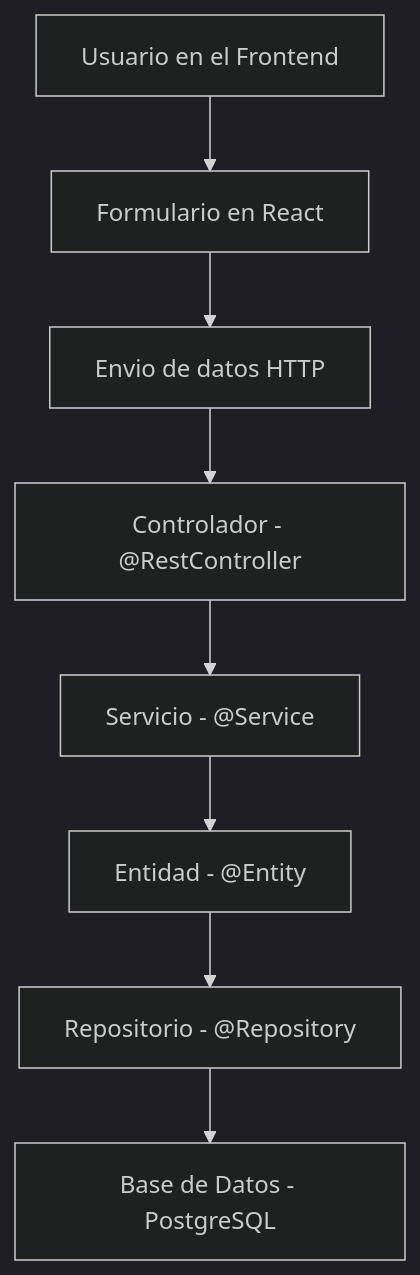
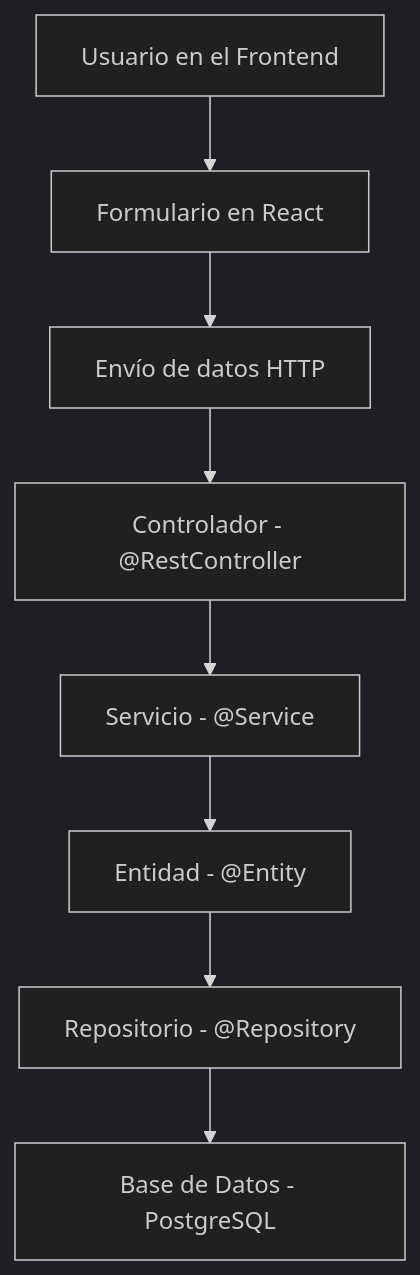
One commit to Jfelipelu/VetShelter changed the second of 3 diagrams in README.md. Above: the diagram before and after it, drawn with Mermaid (dark theme). The commit also changed other lines of this file, not shown here.

Commit message:
Add response flow

````diff
--- a/README.md
+++ b/README.md
@@ -226,11 +227,10 @@
 ```mermaid
   graph TD
-      A[Usuario en el Frontend] --> B[Formulario en React]
-      B --> C[Envio de datos HTTP]
-      C --> D[Controlador - @RestController]
-      D --> E[Servicio - @Service]
-      E --> F[Entidad - @Entity]
-      F --> G[Repositorio - @Repository]
-      G --> H[Base de Datos - PostgreSQL]
-
+    A[Usuario en el Frontend] --> B[Formulario en React]
+    B --> C[Envío de datos HTTP]
+    C --> D[Controlador - @RestController]
+    D --> E[Servicio - @Service]
+    E --> F[Entidad - @Entity]
+    F --> G[Repositorio - @Repository]
+    G --> H[Base de Datos - PostgreSQL]
 ```
````
